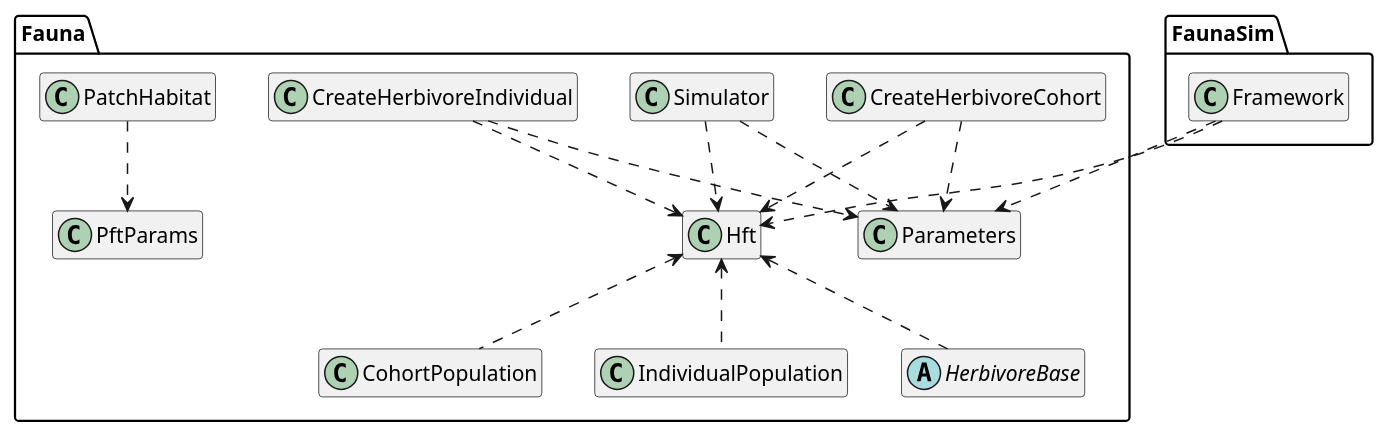
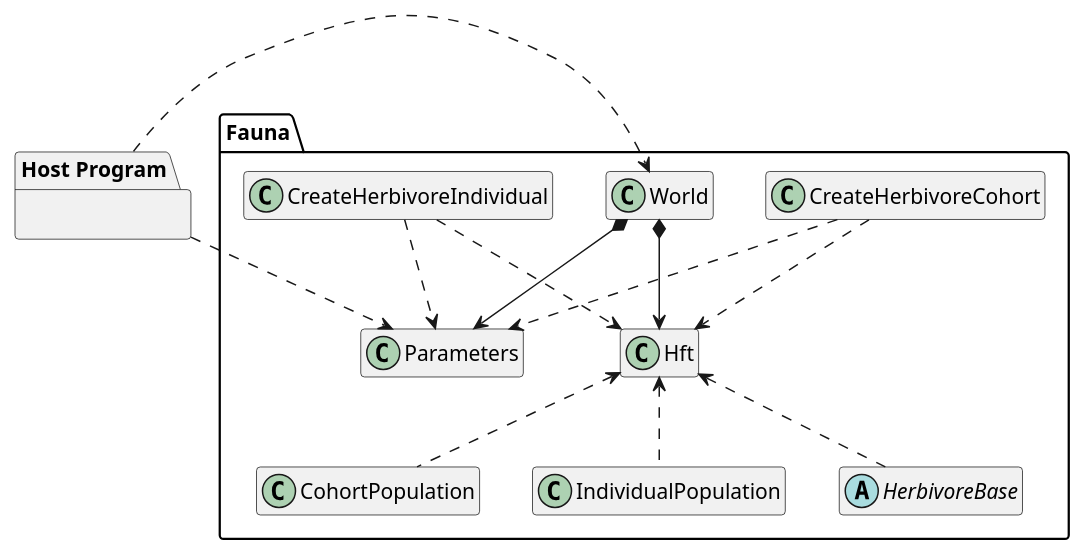
Before and after one commit to wtraylor/modular_megafauna_model: diagram 17 of 21 in docs/diagrams.iuml, drawn with PlantUML. The commit also changed 4 other files, not shown here.

```diff
--- a/docs/diagrams.iuml
+++ b/docs/diagrams.iuml
@@ -447,21 +447,20 @@
 @startuml (id=parameters_access)
 	hide members
 	hide methods
 	namespace Fauna{
 		CreateHerbivoreIndividual ..> Parameters
 		CreateHerbivoreIndividual ..> Hft
 		CreateHerbivoreCohort     ..> Parameters
 		CreateHerbivoreCohort     ..> Hft
-		Simulator                 ..> Parameters
-		Simulator                 ..> Hft
-		PatchHabitat              ..> PftParams
 		CohortPopulation          .up.> Hft
 		IndividualPopulation      .up.> Hft
 		abstract HerbivoreBase
 		HerbivoreBase             .up.> Hft
+    World                     *-down-> Parameters
+    World                     *-down-> Hft
 	}
-	namespace FaunaSim{
-		Framework                 ..> Fauna.Parameters
-		Framework                 ..> Fauna.Hft
-	}
+  package "Host Program"{
+  }
+  "Host Program" .right.> Fauna.Parameters
+  "Host Program" .right.> Fauna.World
 @enduml
```
